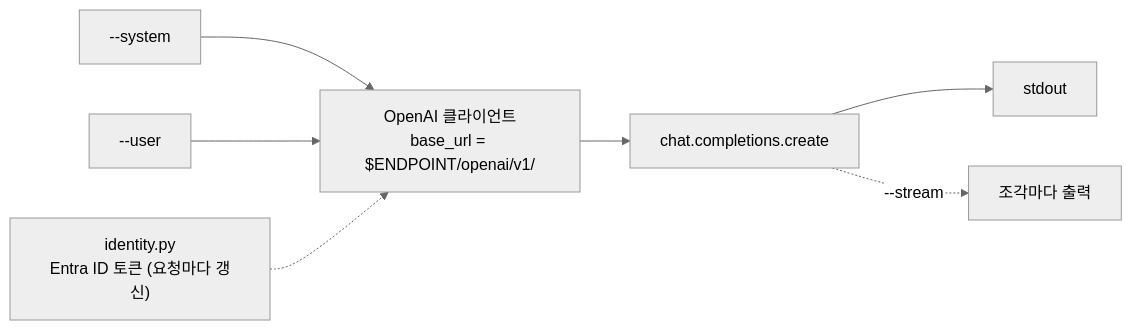
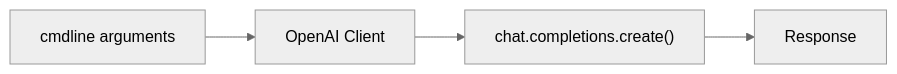
One commit to ivorycloud1013/lab-azure-hol-ai-services changed the first of 5 diagrams in python/README.md. Above: the diagram before and after it, drawn with Mermaid. The commit also changed other lines of this file and 2 other files, not shown here.

````diff
--- a/python/README.md
+++ b/python/README.md
@@ -56,10 +44,5 @@
 ```mermaid
 %%{init: {"theme": "neutral"}}%%
 flowchart LR
-    SYS["--system"] --> CLIENT
-    USER["--user"] --> CLIENT
-    ID["identity.py<br/>Entra ID 토큰 (요청마다 갱신)"] -.-> CLIENT
-    CLIENT["OpenAI 클라이언트<br/>base_url = $ENDPOINT/openai/v1/"] --> CALL["chat.completions.create"]
-    CALL --> OUT["stdout"]
-    CALL -.->|"--stream"| CHUNK["조각마다 출력"]
+    USER["cmdline arguments"] --> CLIENT["OpenAI Client"] --> CALL["chat.completions.create()"] --> OUT["Response"]
 ```
````
